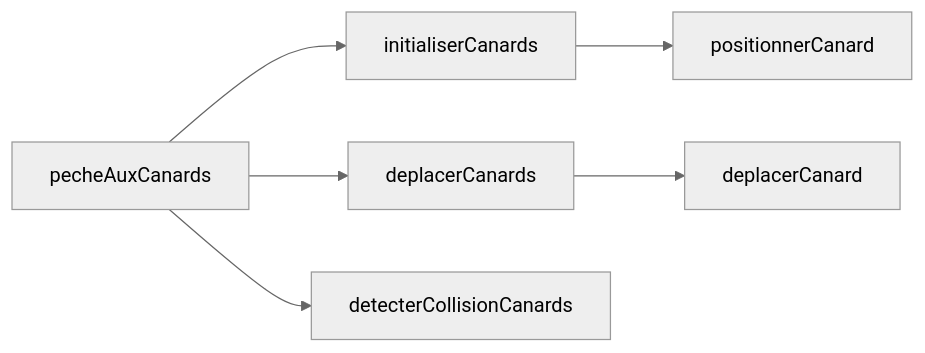
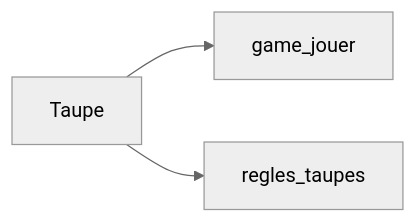
Before and after one commit to ING1-Paris/ece-world-paris-ing1-2022-2023-td4-mario-parteam: the fifth of 9 diagrams in marp-projet-info/presentation.md, drawn with Mermaid. The commit also changed other lines of this file and 1 other file, not shown here.

```diff
--- a/marp-projet-info/presentation.md
+++ b/marp-projet-info/presentation.md
@@ -366,9 +300,6 @@
 <div class="mermaid">
 %%{init: {'theme':'neutral'}}%%
 flowchart LR
-    pecheAuxCanards --> initialiserCanards
-    initialiserCanards --> positionnerCanard
-    pecheAuxCanards --> deplacerCanards
-    deplacerCanards --> deplacerCanard
-    pecheAuxCanards --> detecterCollisionCanards
+    Taupe --> game_jouer
+    Taupe --> regles_taupes
 </div>
```
